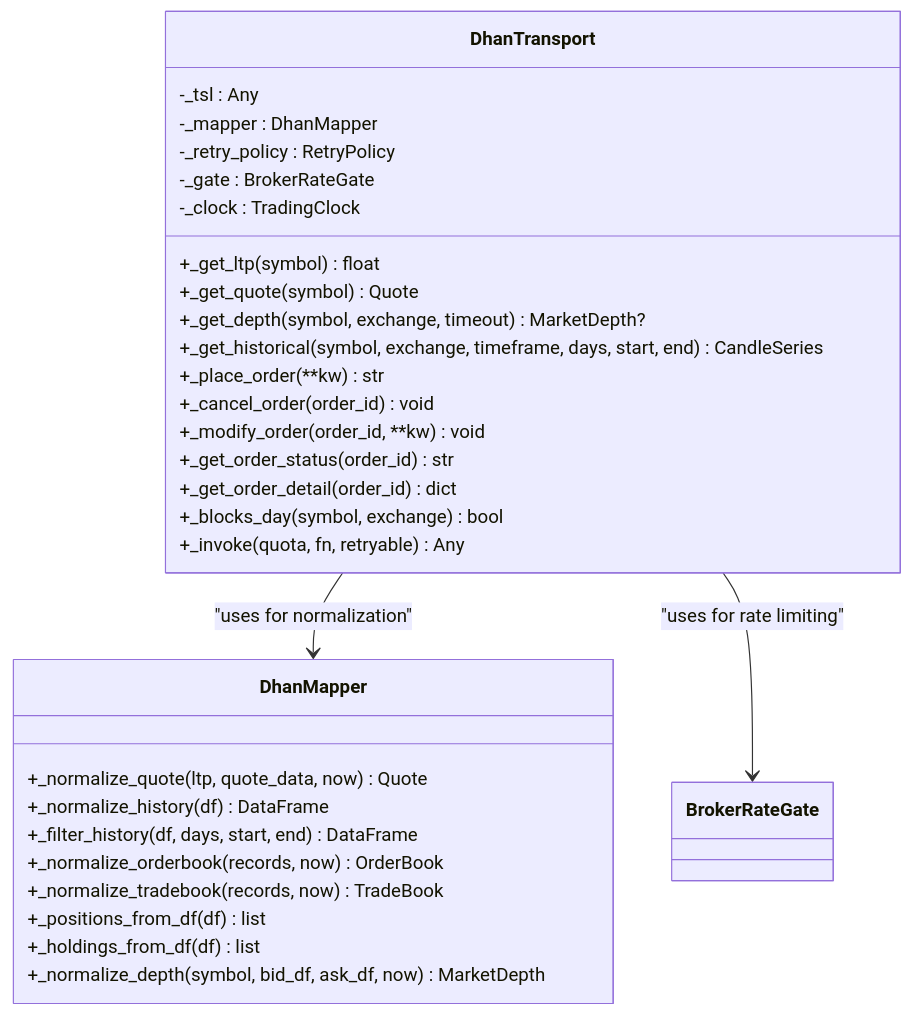
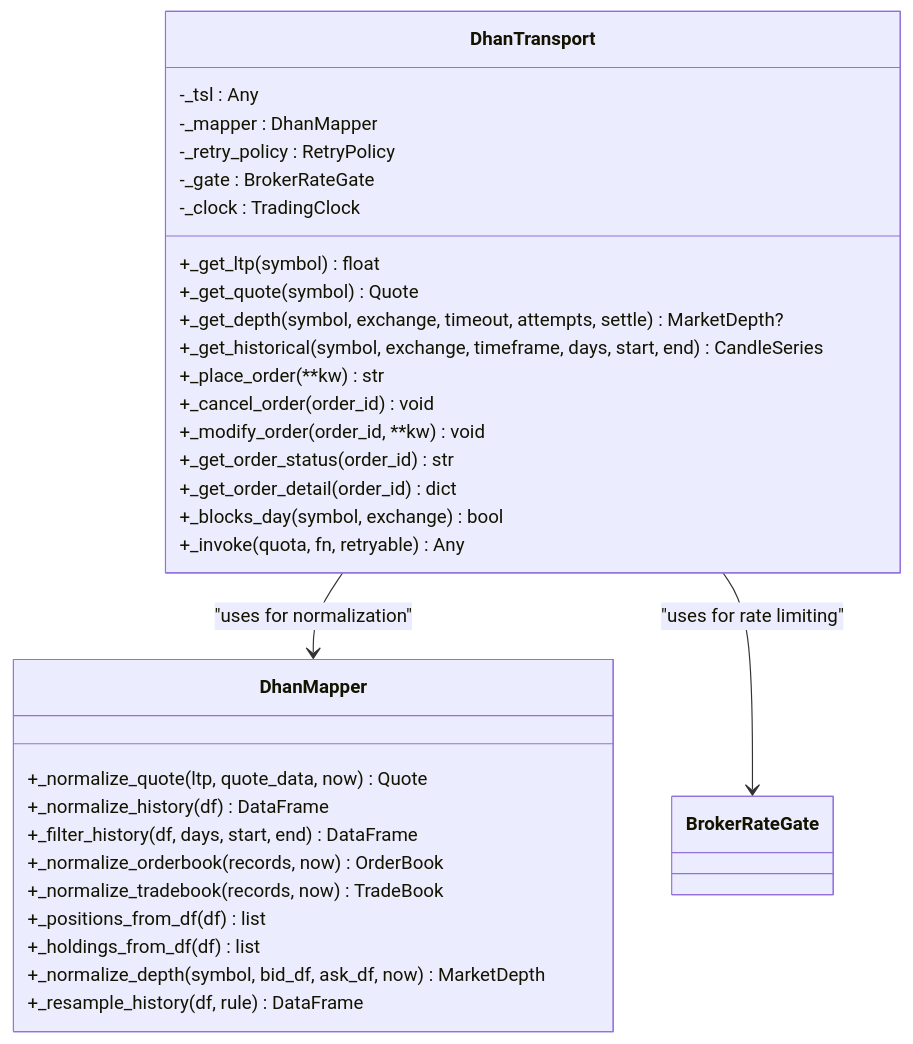
Before and after one commit to Ganesh-Kusundal/nTrade: diagram 11 of 17 in .qoder/repowiki/en/content/Broker Integration/Dhan Broker Implementation.md, drawn with Mermaid. The commit also changed other lines of this file and 2201 other files, not shown here.

Commit message:
Integrate completeness: live runner hardening, broker adapter layers, rate-limiting infrastructure, data pipeline (parquet OHLCV + ingestion scripts), contract testing framework, options analytics, and updated architecture/knowledge docs

````diff
--- a/.qoder/repowiki/en/content/Broker Integration/Dhan Broker Implementation.md
+++ b/.qoder/repowiki/en/content/Broker Integration/Dhan Broker Implementation.md
@@ -409,33 +521,34 @@
 ```mermaid
 classDiagram
 class DhanTransport {
 -_tsl : Any
 -_mapper : DhanMapper
 -_retry_policy : RetryPolicy
 -_gate : BrokerRateGate
 -_clock : TradingClock
 +_get_ltp(symbol) float
 +_get_quote(symbol) Quote
-+_get_depth(symbol, exchange, timeout) MarketDepth?
++_get_depth(symbol, exchange, timeout, attempts, settle) MarketDepth?
 +_get_historical(symbol, exchange, timeframe, days, start, end) CandleSeries
 +_place_order(**kw) str
 +_cancel_order(order_id) void
 +_modify_order(order_id, **kw) void
 +_get_order_status(order_id) str
 +_get_order_detail(order_id) dict
 +_blocks_day(symbol, exchange) bool
 +_invoke(quota, fn, retryable) Any
 }
 class DhanMapper {
 +_normalize_quote(ltp, quote_data, now) Quote
 +_normalize_history(df) DataFrame
 +_filter_history(df, days, start, end) DataFrame
 +_normalize_orderbook(records, now) OrderBook
 +_normalize_tradebook(records, now) TradeBook
 +_positions_from_df(df) list
 +_holdings_from_df(df) list
 +_normalize_depth(symbol, bid_df, ask_df, now) MarketDepth
++_resample_history(df, rule) DataFrame
 }
 DhanTransport --> DhanMapper : "uses for normalization"
 DhanTransport --> BrokerRateGate : "uses for rate limiting"
 ```
````
